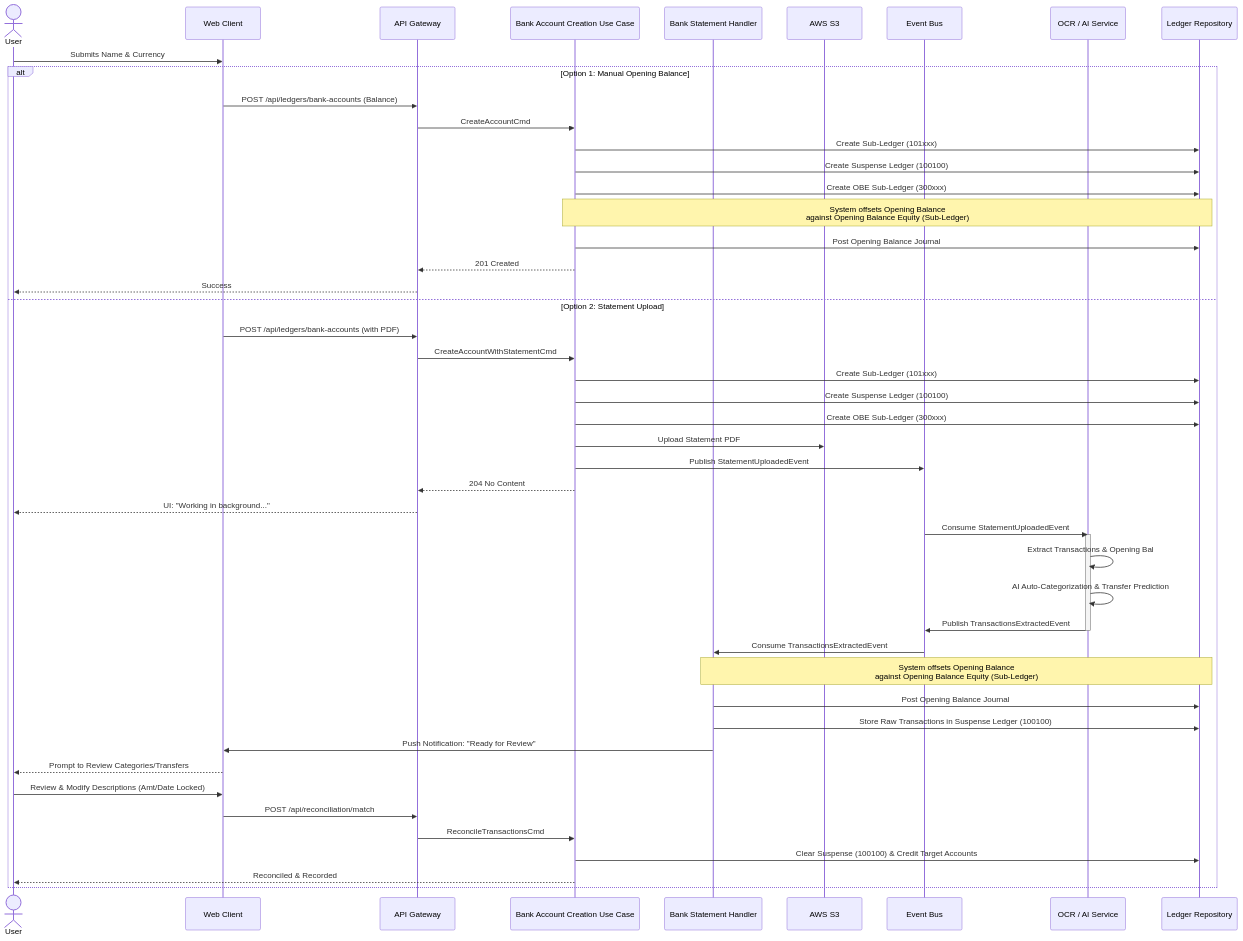
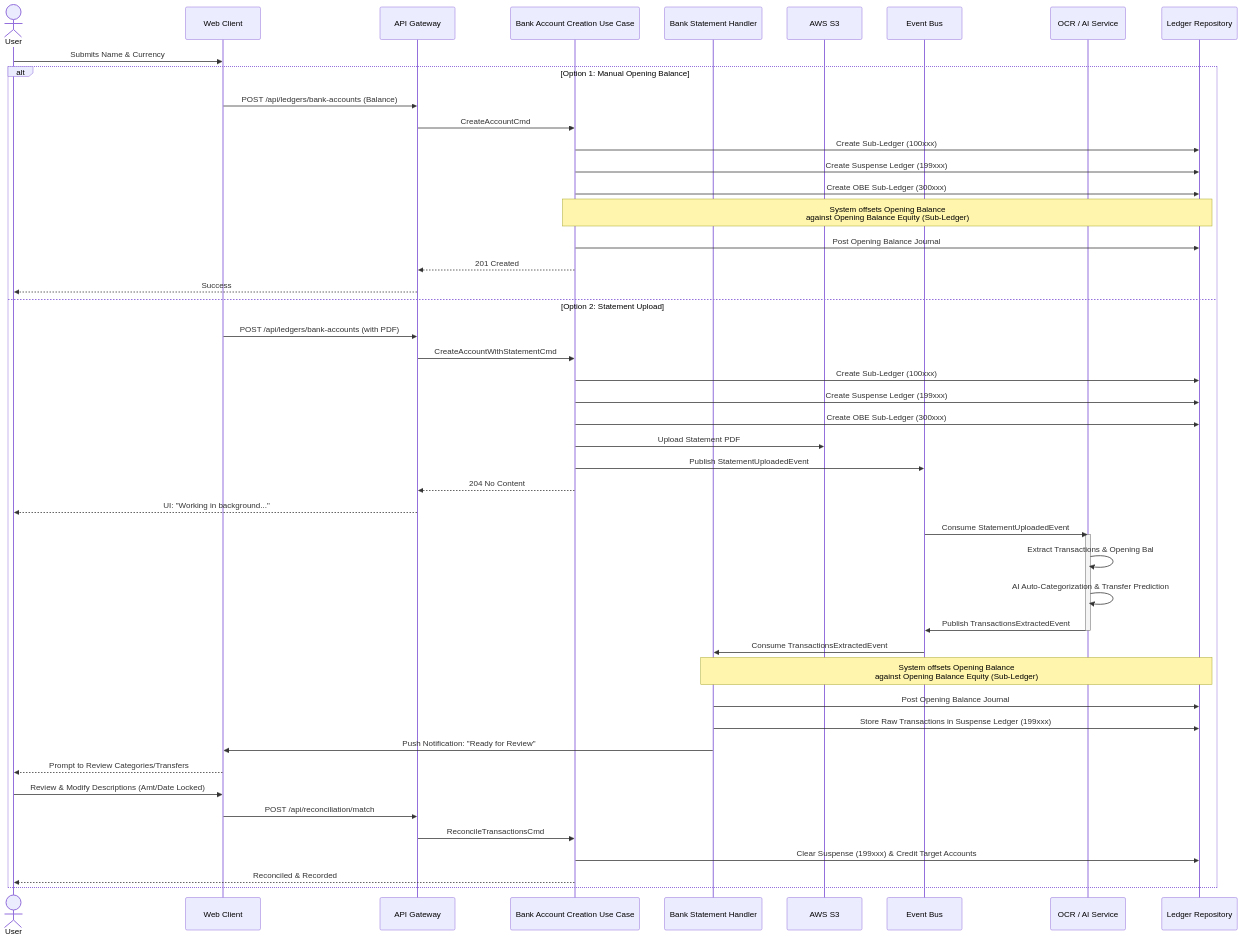
The diagram in src/app/usecases/ledger/__docs__/create-bank-account.usecase.mermaid (oosahon/ledgernova-core), drawn with Mermaid before and after one commit. The commit also changed 276 other files, not shown here.

Commit message:
feat(ledger): bootstrap necessary individual entity accounts (#74)

```diff
--- a/src/app/usecases/ledger/__docs__/create-bank-account.usecase.mermaid
+++ b/src/app/usecases/ledger/__docs__/create-bank-account.usecase.mermaid
@@ -1,57 +1,57 @@
 sequenceDiagram
     actor User
     participant App as Web Client
     participant API as API Gateway
     participant UseCase as Bank Account Creation Use Case
     participant BSTHandler as Bank Statement Handler
     participant S3 as AWS S3
     participant EventBus as Event Bus
     participant OCR as OCR / AI Service
     participant Ledger as Ledger Repository
 
     User->>App: Submits Name & Currency
     
     alt Option 1: Manual Opening Balance
         App->>API: POST /api/ledgers/bank-accounts (Balance)
         API->>UseCase: CreateAccountCmd
-        UseCase->>Ledger: Create Sub-Ledger (101xxx)
-        UseCase->>Ledger: Create Suspense Ledger (100100)
+        UseCase->>Ledger: Create Sub-Ledger (100xxx)
+        UseCase->>Ledger: Create Suspense Ledger (199xxx)
         UseCase->>Ledger: Create OBE Sub-Ledger (300xxx)
         Note over UseCase,Ledger: System offsets Opening Balance<br/>against Opening Balance Equity (Sub-Ledger)
         UseCase->>Ledger: Post Opening Balance Journal
         UseCase-->>API: 201 Created
         API-->>User: Success
         
     else Option 2: Statement Upload
         App->>API: POST /api/ledgers/bank-accounts (with PDF)
         API->>UseCase: CreateAccountWithStatementCmd
-        UseCase->>Ledger: Create Sub-Ledger (101xxx)
-        UseCase->>Ledger: Create Suspense Ledger (100100)
+        UseCase->>Ledger: Create Sub-Ledger (100xxx)
+        UseCase->>Ledger: Create Suspense Ledger (199xxx)
         UseCase->>Ledger: Create OBE Sub-Ledger (300xxx)
         UseCase->>S3: Upload Statement PDF
         UseCase->>EventBus: Publish StatementUploadedEvent
         UseCase-->>API: 204 No Content
         API-->>User: UI: "Working in background..."
         
         %% Async Processing Flow
         EventBus->>OCR: Consume StatementUploadedEvent
         activate OCR
         OCR->>OCR: Extract Transactions & Opening Bal
         OCR->>OCR: AI Auto-Categorization & Transfer Prediction
         OCR->>EventBus: Publish TransactionsExtractedEvent
         deactivate OCR
 
         EventBus->>BSTHandler: Consume TransactionsExtractedEvent
         Note over BSTHandler,Ledger: System offsets Opening Balance<br/>against Opening Balance Equity (Sub-Ledger)
         BSTHandler->>Ledger: Post Opening Balance Journal
-        BSTHandler->>Ledger: Store Raw Transactions in Suspense Ledger (100100)
+        BSTHandler->>Ledger: Store Raw Transactions in Suspense Ledger (199xxx)
         BSTHandler->>App: Push Notification: "Ready for Review"
         
         %% User Review Flow
         App-->>User: Prompt to Review Categories/Transfers
         User->>App: Review & Modify Descriptions (Amt/Date Locked)
         App->>API: POST /api/reconciliation/match
         API->>UseCase: ReconcileTransactionsCmd
-        UseCase->>Ledger: Clear Suspense (100100) & Credit Target Accounts
+        UseCase->>Ledger: Clear Suspense (199xxx) & Credit Target Accounts
         UseCase-->>User: Reconciled & Recorded
     end
```
